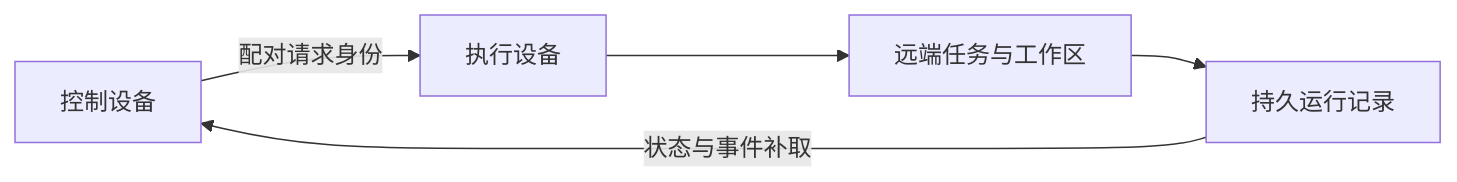
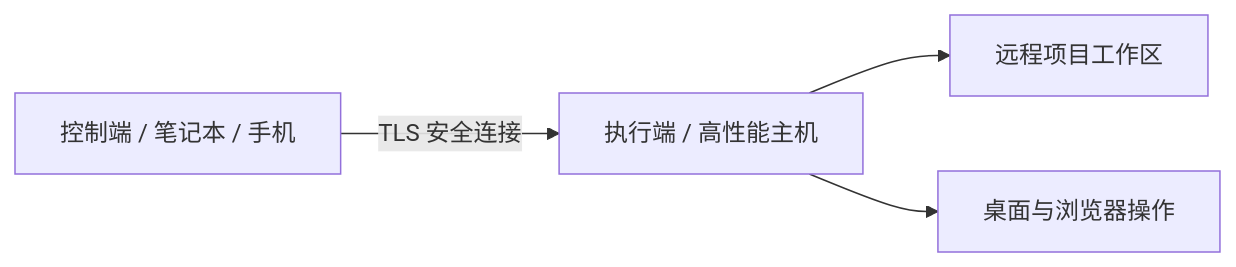
One commit to Komeiji-Shiki/Gray-Code changed the diagram in wiki/Automation-and-Devices.md. Above: the diagram before and after it, drawn with Mermaid. The commit also changed other lines of this file and 13 other files, not shown here.

````diff
--- a/wiki/Automation-and-Devices.md
+++ b/wiki/Automation-and-Devices.md
@@ -41,7 +40,6 @@
-~~~mermaid
+```mermaid
 flowchart LR
-  A[控制设备] -->|配对请求身份| B[执行设备]
-  B --> C[远端任务与工作区]
-  C --> D[持久运行记录]
-  D -->|状态与事件补取| A
-~~~
+  A[控制端 / 笔记本 / 手机] -->|TLS 安全连接| B[执行端 / 高性能主机]
+  B --> C[远程项目工作区]
+  B --> D[桌面与浏览器操作]
+```
````
